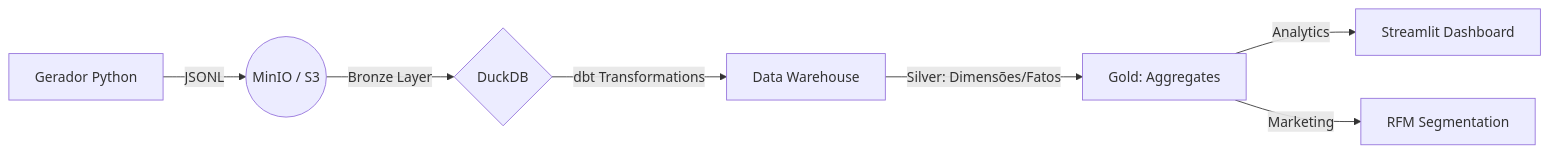
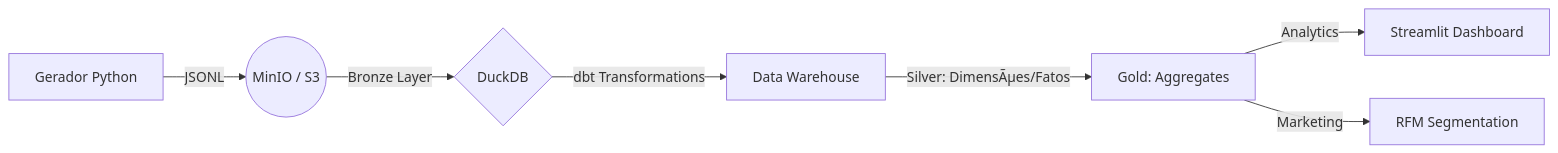
One commit to ricardoribs/luisbank-data-platform changed the diagram in README.MD. Above: the diagram before and after it, drawn with Mermaid. The commit also changed other lines of this file and 24 other files, not shown here.

````diff
--- a/README.MD
+++ b/README.MD
@@ -15,9 +15,9 @@
 ```mermaid
 graph LR
     A[Gerador Python] -->|JSONL| B((MinIO / S3));
     B -->|Bronze Layer| C{DuckDB};
     C -->|dbt Transformations| D[Data Warehouse];
-    D -->|Silver: Dimensões/Fatos| E[Gold: Aggregates];
+    D -->|Silver: DimensÃµes/Fatos| E[Gold: Aggregates];
     E -->|Analytics| F[Streamlit Dashboard];
     E -->|Marketing| G[RFM Segmentation];
 ```
````
